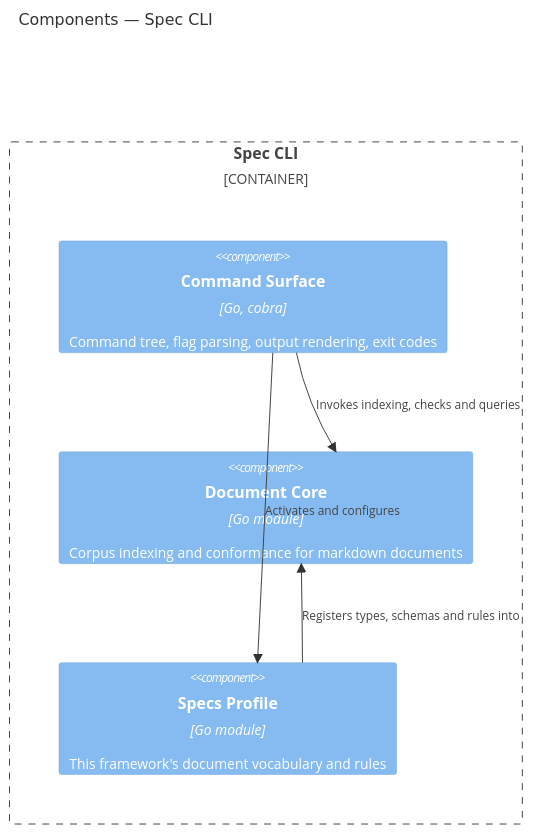
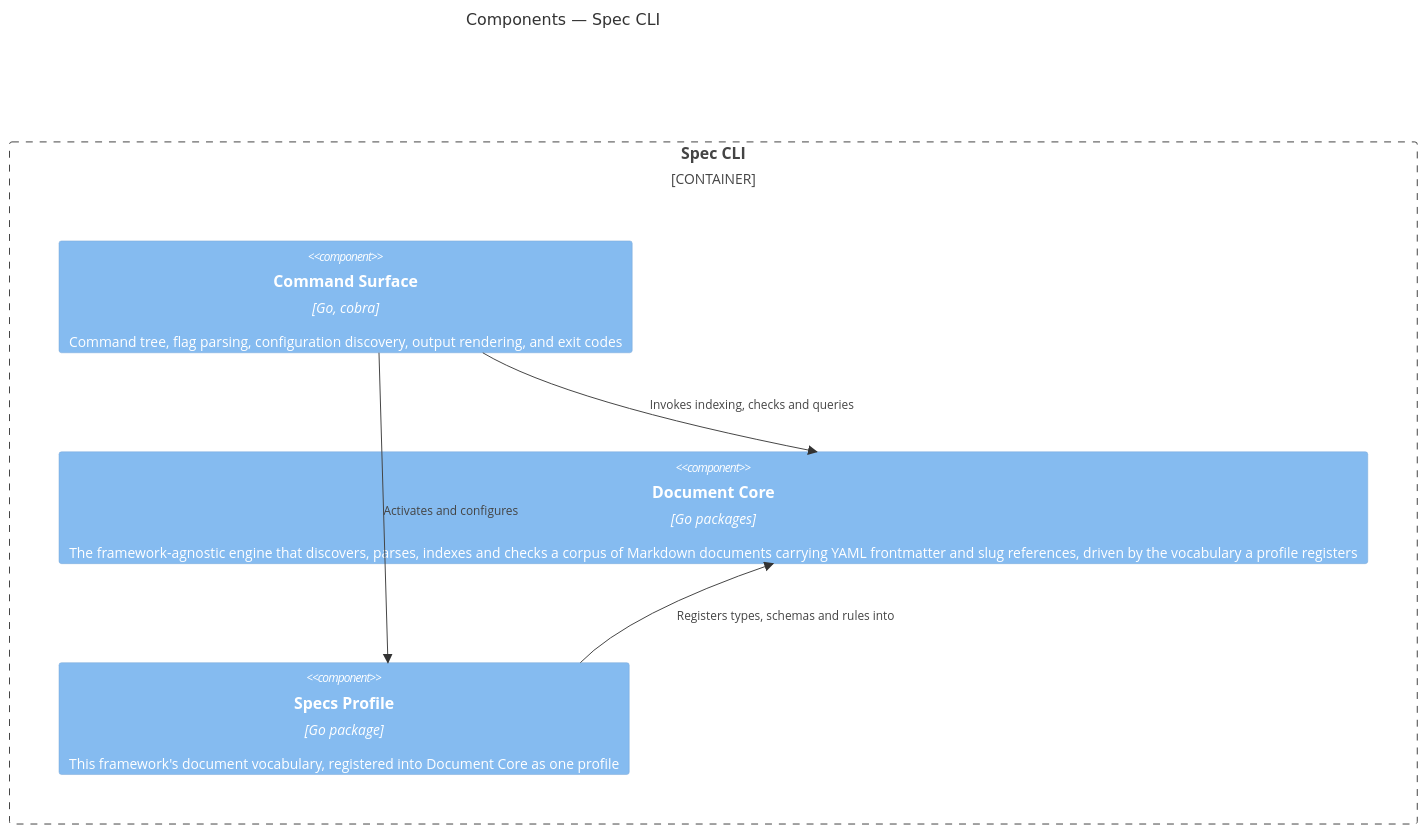
One commit to brettcallaghan/specs changed the second of 2 diagrams in specs/containers/spec-cli/spec-cli-container.md. Above: the diagram before and after it, drawn with Mermaid. The commit also changed other lines of this file and 42 other files, not shown here.

````diff
--- a/specs/containers/spec-cli/spec-cli-container.md
+++ b/specs/containers/spec-cli/spec-cli-container.md
@@ -109,12 +159,12 @@
 ```mermaid
 C4Component
     title Components — Spec CLI
     Container_Boundary(cli, "Spec CLI") {
-        Component(cmd, "Command Surface", "Go, cobra", "Command tree, flag parsing, output rendering, exit codes")
-        Component(core, "Document Core", "Go module", "Corpus indexing and conformance for markdown documents")
-        Component(profile, "Specs Profile", "Go module", "This framework's document vocabulary and rules")
+        Component(cmd, "Command Surface", "Go, cobra", "Command tree, flag parsing, configuration discovery, output rendering, and exit codes")
+        Component(core, "Document Core", "Go packages", "The framework-agnostic engine that discovers, parses, indexes and checks a corpus of Markdown documents carrying YAML frontmatter and slug references, driven by the vocabulary a profile registers")
+        Component(profile, "Specs Profile", "Go package", "This framework's document vocabulary, registered into Document Core as one profile")
     }
     Rel(cmd, profile, "Activates and configures")
     Rel(cmd, core, "Invokes indexing, checks and queries")
     Rel(profile, core, "Registers types, schemas and rules into")
 ```
````
